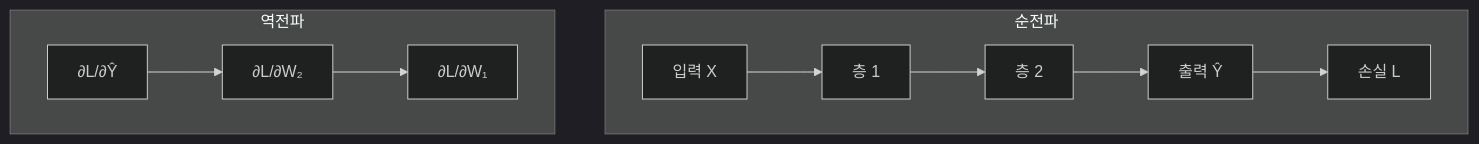
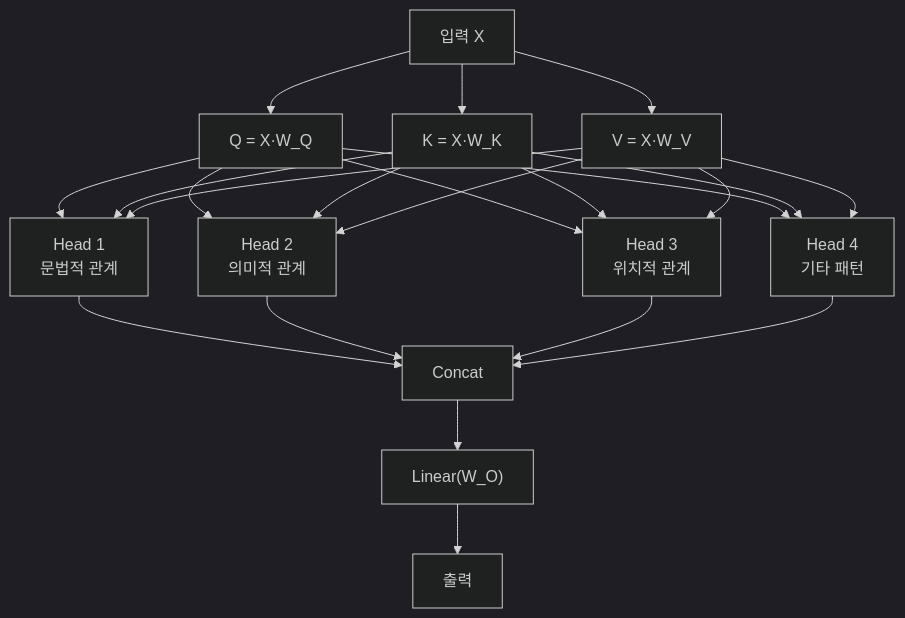
One commit to LeeSeogMin/2026NLP changed the fourth of 4 diagrams in content/drafts/ch3-draft.md. Above: the diagram before and after it, drawn with Mermaid (dark theme). The commit also changed other lines of this file and 34 other files, not shown here.

````diff
--- a/content/drafts/ch3-draft.md
+++ b/content/drafts/ch3-draft.md
@@ -293,10 +314,29 @@
 ```mermaid
 flowchart TB
-    subgraph Forward["순전파"]
-        X["입력 X"] --> L1["층 1"] --> L2["층 2"] --> Y["출력 Ŷ"] --> LOSS["손실 L"]
-    end
+    X["입력 X"] --> Q["Q = X·W_Q"]
+    X --> K["K = X·W_K"]
+    X --> V["V = X·W_V"]
 
-    subgraph Backward["역전파"]
-        dL["∂L/∂Ŷ"] --> dL2["∂L/∂W₂"] --> dL1["∂L/∂W₁"]
-    end
+    Q --> H1["Head 1<br/>문법적 관계"]
+    K --> H1
+    V --> H1
+
+    Q --> H2["Head 2<br/>의미적 관계"]
+    K --> H2
+    V --> H2
+
+    Q --> H3["Head 3<br/>위치적 관계"]
+    K --> H3
+    V --> H3
+
+    Q --> H4["Head 4<br/>기타 패턴"]
+    K --> H4
+    V --> H4
+
+    H1 --> CONCAT["Concat"]
+    H2 --> CONCAT
+    H3 --> CONCAT
+    H4 --> CONCAT
+    CONCAT --> LINEAR["Linear(W_O)"]
+    LINEAR --> OUT["출력"]
 ```
````
